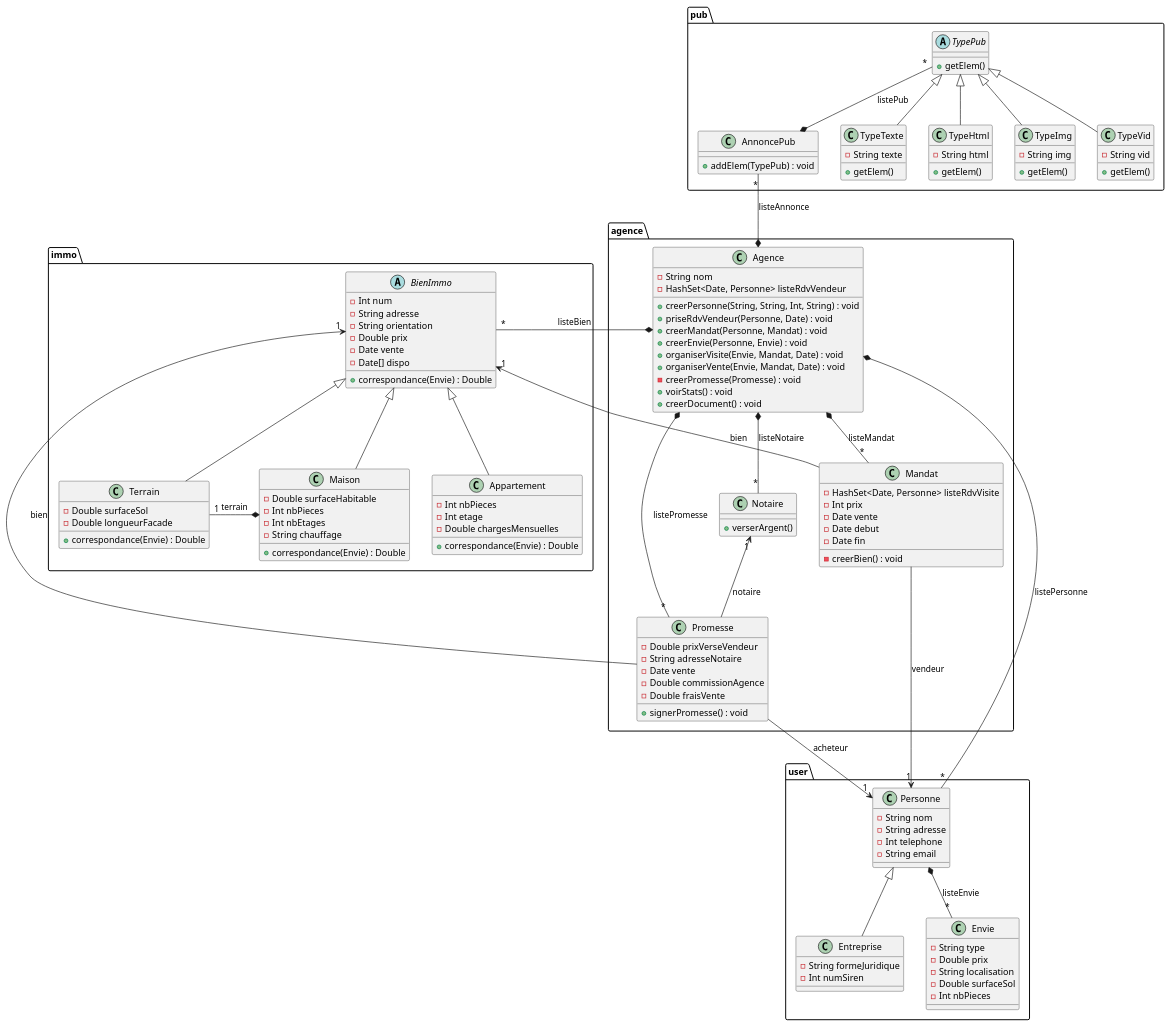
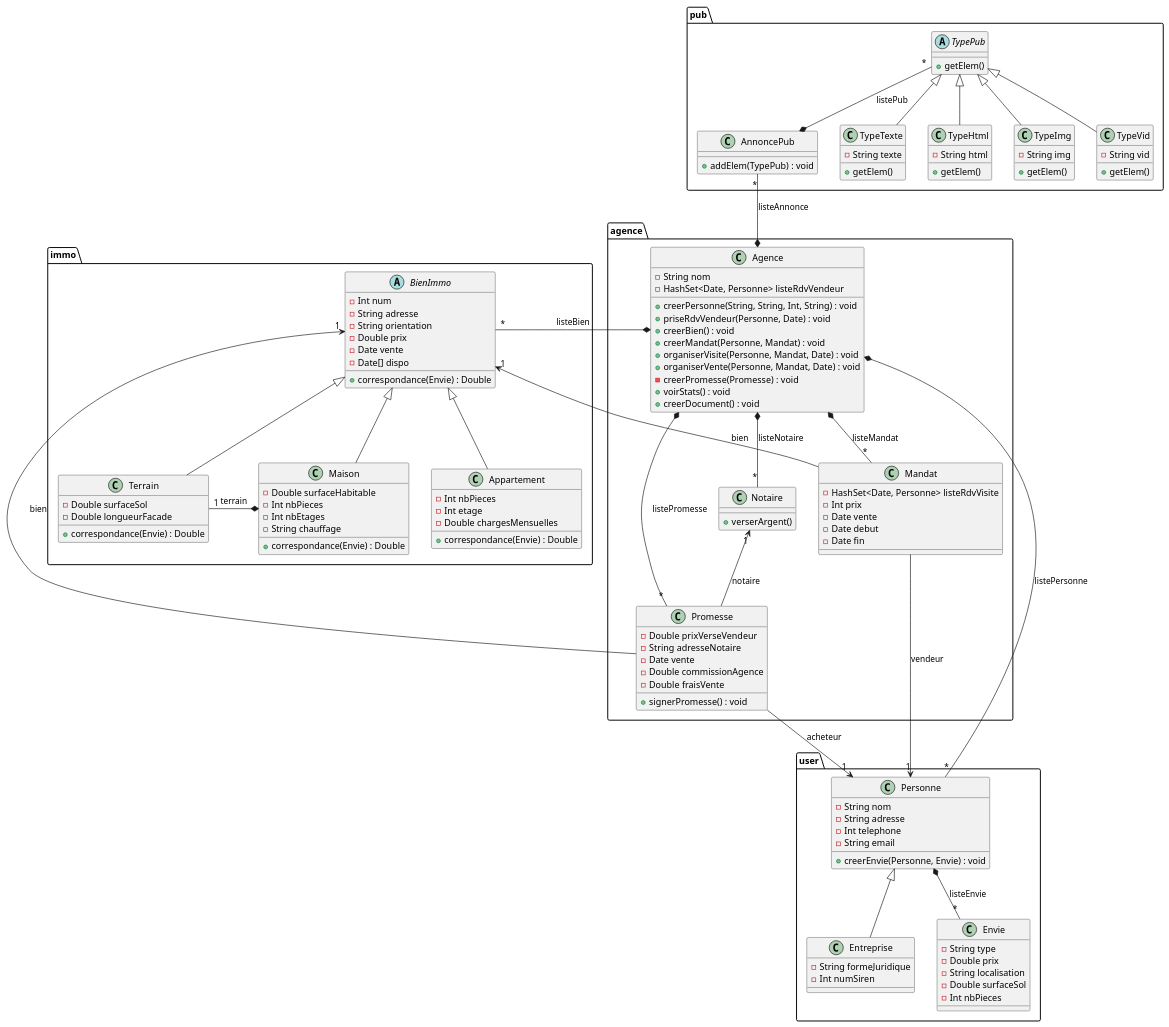
The diagram in DOC/UML/diagClass.plantuml (DenisGuiraudet/MIASHS_UML_PTUT), drawn with PlantUML before and after one commit. The commit also changed 22 other files, not shown here.

Commit message:
UML : seq

```diff
--- a/DOC/UML/diagClass.plantuml
+++ b/DOC/UML/diagClass.plantuml
@@ -2,168 +2,168 @@
 @startuml
 
 package user {
 
   class Personne {
     -String nom
     -String adresse
     -Int telephone
     -String email
+    +creerEnvie(Personne, Envie) : void
   }
 
   class Entreprise {
     -String formeJuridique
     -Int numSiren
   }
 
   Entreprise -up-|> Personne
 
   class Envie {
     -String type
     -Double prix
     -String localisation
     -Double surfaceSol
     -Int nbPieces
   }
 
   Personne *--"*" Envie : "listeEnvie"
 
 }
 
 package agence {
 
   class Agence {
     -String nom
     -HashSet<Date, Personne> listeRdvVendeur
     +creerPersonne(String, String, Int, String) : void
     +priseRdvVendeur(Personne, Date) : void
+    +creerBien() : void
     +creerMandat(Personne, Mandat) : void
-    +creerEnvie(Personne, Envie) : void
-    +organiserVisite(Envie, Mandat, Date) : void
-    +organiserVente(Envie, Mandat, Date) : void
+    +organiserVisite(Personne, Mandat, Date) : void
+    +organiserVente(Personne, Mandat, Date) : void
     -creerPromesse(Promesse) : void
     +voirStats() : void
     +creerDocument() : void
   }
 
   Personne "*"-left-* Agence : "listePersonne"
 
   class Mandat {
     -HashSet<Date, Personne> listeRdvVisite
     -Int prix
     -Date vente
     -Date debut
     -Date fin
-    -creerBien() : void
   }
 
   class Promesse {
     -Double prixVerseVendeur
     -String adresseNotaire
     -Date vente
     -Double commissionAgence
     -Double fraisVente
     +signerPromesse() : void
   }
 
   Agence *--"*" Mandat : "listeMandat"
   Agence *--"*" Promesse : "listePromesse"
 
   Mandat -->"1" Personne : "vendeur"
   Promesse -->"1" Personne : "acheteur"
 
   class Notaire {
     +verserArgent()
   }
 
   Agence *--"*" Notaire : "listeNotaire"
 
   Notaire "1"<-- Promesse : "notaire"
 
 }
 
 package pub {
 
   class AnnoncePub {
     +addElem(TypePub) : void
   }
 
   AnnoncePub "*"--* Agence : "listeAnnonce"
   TypePub "*"--* AnnoncePub : "listePub"
 
   abstract class TypePub {
     +getElem()
   }
 
   class TypeTexte {
     -String texte
     +getElem()
   }
 
   class TypeHtml {
     -String html
     +getElem()
   }
 
   class TypeImg {
     -String img
     +getElem()
   }
 
   class TypeVid {
     -String vid
     +getElem()
   }
 
   TypeTexte -up-|> TypePub
   TypeHtml -up-|> TypePub
   TypeImg -up-|> TypePub
   TypeVid -up-|> TypePub
 
 }
 
 package immo {
 
   abstract class BienImmo {
     -Int num
     -String adresse
     -String orientation
     -Double prix
     -Date vente
     -Date[] dispo
     +correspondance(Envie) : Double
   }
 
   BienImmo "*"-left-* Agence : "listeBien"
   Mandat -up->"1" BienImmo : "bien"
   Promesse -up->"1" BienImmo : "bien"
 
   class Terrain {
     -Double surfaceSol
     -Double longueurFacade
     +correspondance(Envie) : Double
   }
 
   class Maison {
     -Double surfaceHabitable
     -Int nbPieces
     -Int nbEtages
     -String chauffage
     +correspondance(Envie) : Double
   }
 
   class Appartement {
     -Int nbPieces
     -Int etage
     -Double chargesMensuelles
     +correspondance(Envie) : Double
   }
 
   Appartement -up-|> BienImmo
   Maison -up-|> BienImmo
   Terrain -up-|> BienImmo
 
   Maison *-left-"1" Terrain : "terrain"
 
 }
 
 @enduml
```
